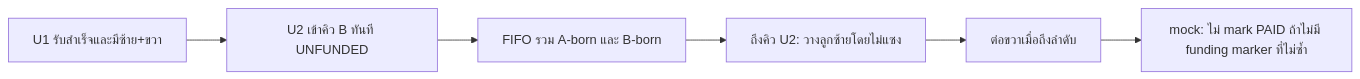
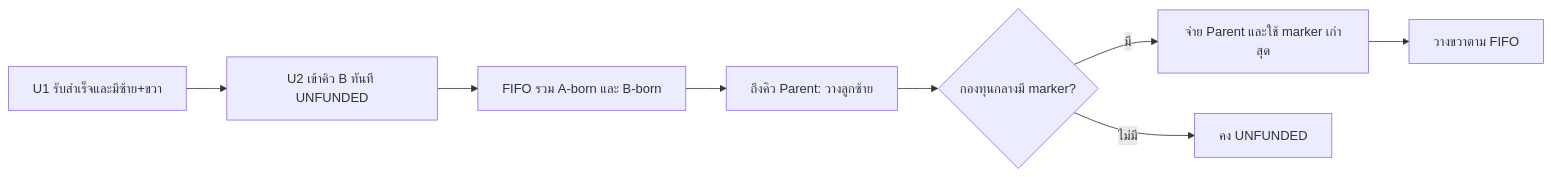
One commit to jamesbx999/13vt.com changed the diagram in examples/unfunded-fifo/README.md. Above: the diagram before and after it, drawn with Mermaid. The commit also changed other lines of this file and 7 other files, not shown here.

````diff
--- a/examples/unfunded-fifo/README.md
+++ b/examples/unfunded-fifo/README.md
@@ -15,8 +15,10 @@
 ```mermaid
 flowchart LR
   U1[U1 รับสำเร็จและมีซ้าย+ขวา] --> U2[U2 เข้าคิว B ทันที UNFUNDED]
   U2 --> Q[FIFO รวม A-born และ B-born]
-  Q --> L[ถึงคิว U2: วางลูกซ้ายโดยไม่แซง]
-  L --> R[ต่อขวาเมื่อถึงลำดับ]
-  R --> HOLD[mock: ไม่ mark PAID ถ้าไม่มี funding marker ที่ไม่ซ้ำ]
+  Q --> L[ถึงคิว Parent: วางลูกซ้าย]
+  L --> P{กองทุนกลางมี marker?}
+  P -->|มี| PAID[จ่าย Parent และใช้ marker เก่าสุด]
+  P -->|ไม่มี| HOLD[คง UNFUNDED]
+  PAID --> R[วางขวาตาม FIFO]
 ```
````
